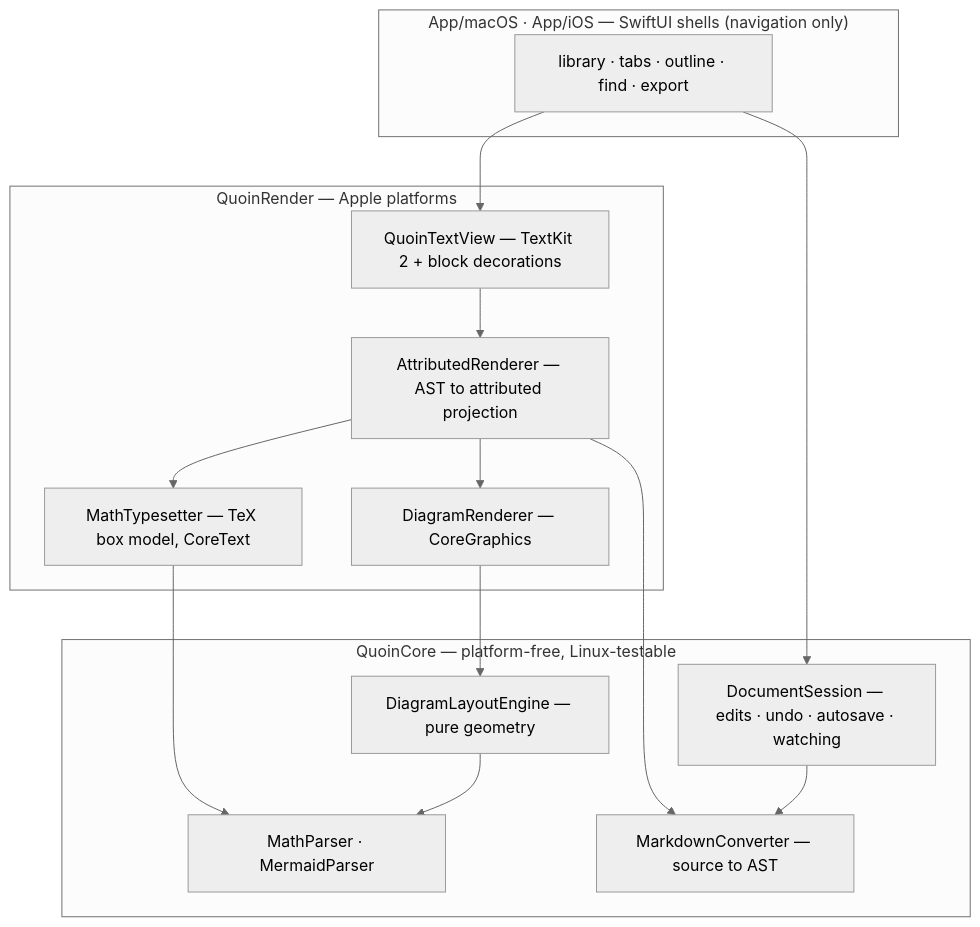
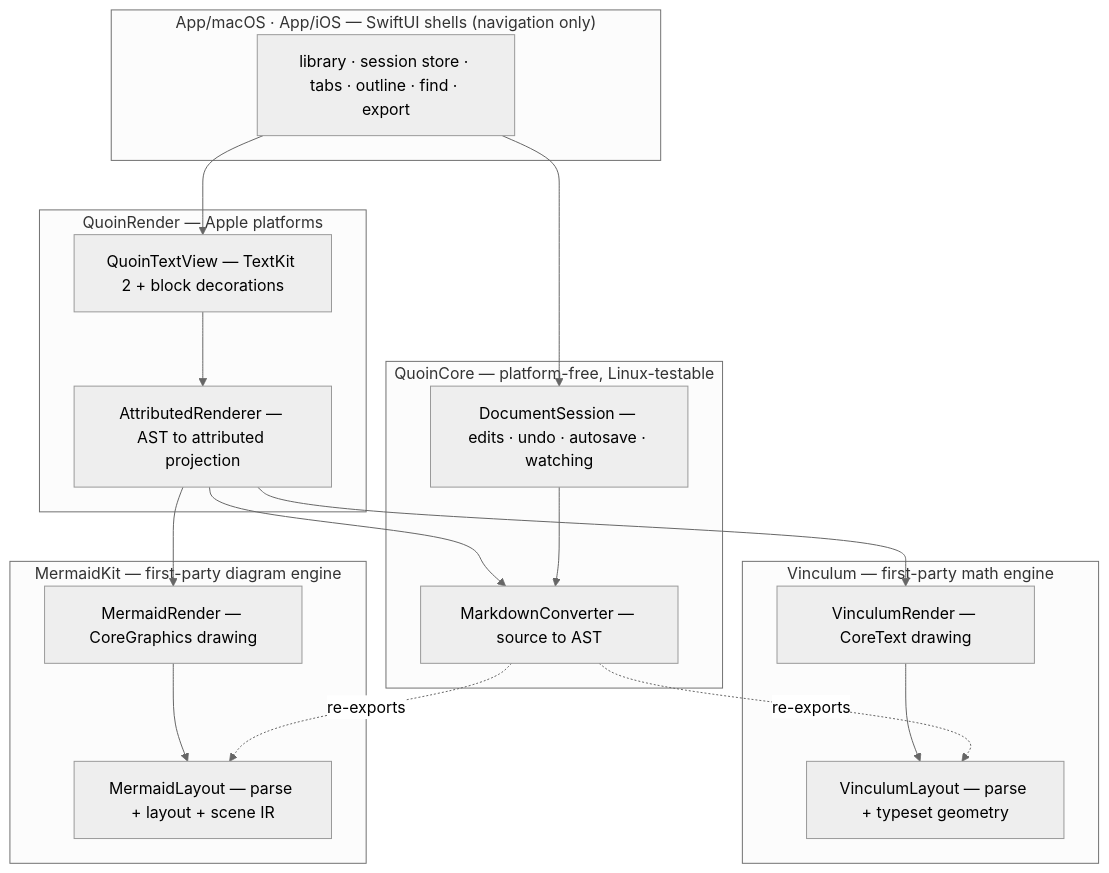
One commit to clintecker/quoin changed the diagram in README.md. Above: the diagram before and after it, drawn with Mermaid (neutral theme). The commit also changed other lines of this file and 23 other files, not shown here.

First line of the commit message:
Phase 4: documentation retool — audit fixes, first-party engine prominence, INVARIANTS + ADRs + docs map

````diff
--- a/README.md
+++ b/README.md
@@ -191,28 +203,33 @@
 ```mermaid
 flowchart TD
     subgraph Apps["App/macOS · App/iOS — SwiftUI shells (navigation only)"]
-        Shell[library · tabs · outline · find · export]
+        Shell[library · session store · tabs · outline · find · export]
     end
     subgraph Render["QuoinRender — Apple platforms"]
         TV[QuoinTextView — TextKit 2 + block decorations]
         AR[AttributedRenderer — AST to attributed projection]
-        MT[MathTypesetter — TeX box model, CoreText]
-        DR[DiagramRenderer — CoreGraphics]
     end
     subgraph Core["QuoinCore — platform-free, Linux-testable"]
         DS[DocumentSession — edits · undo · autosave · watching]
         MC[MarkdownConverter — source to AST]
-        MP[MathParser · MermaidParser]
-        DL[DiagramLayoutEngine — pure geometry]
+    end
+    subgraph Vinculum["Vinculum — first-party math engine"]
+        VL[VinculumLayout — parse + typeset geometry]
+        VR[VinculumRender — CoreText drawing]
+    end
+    subgraph MermaidKit["MermaidKit — first-party diagram engine"]
+        ML[MermaidLayout — parse + layout + scene IR]
+        MR[MermaidRender — CoreGraphics drawing]
     end
     Shell --> TV
     Shell --> DS
     TV --> AR
-    AR --> MT
-    AR --> DR
     AR --> MC
-    MT --> MP
-    DR --> DL
-    DL --> MP
+    AR --> VR
+    AR --> MR
+    VR --> VL
+    MR --> ML
+    MC -. re-exports .-> VL
+    MC -. re-exports .-> ML
     DS --> MC
 ```
````
